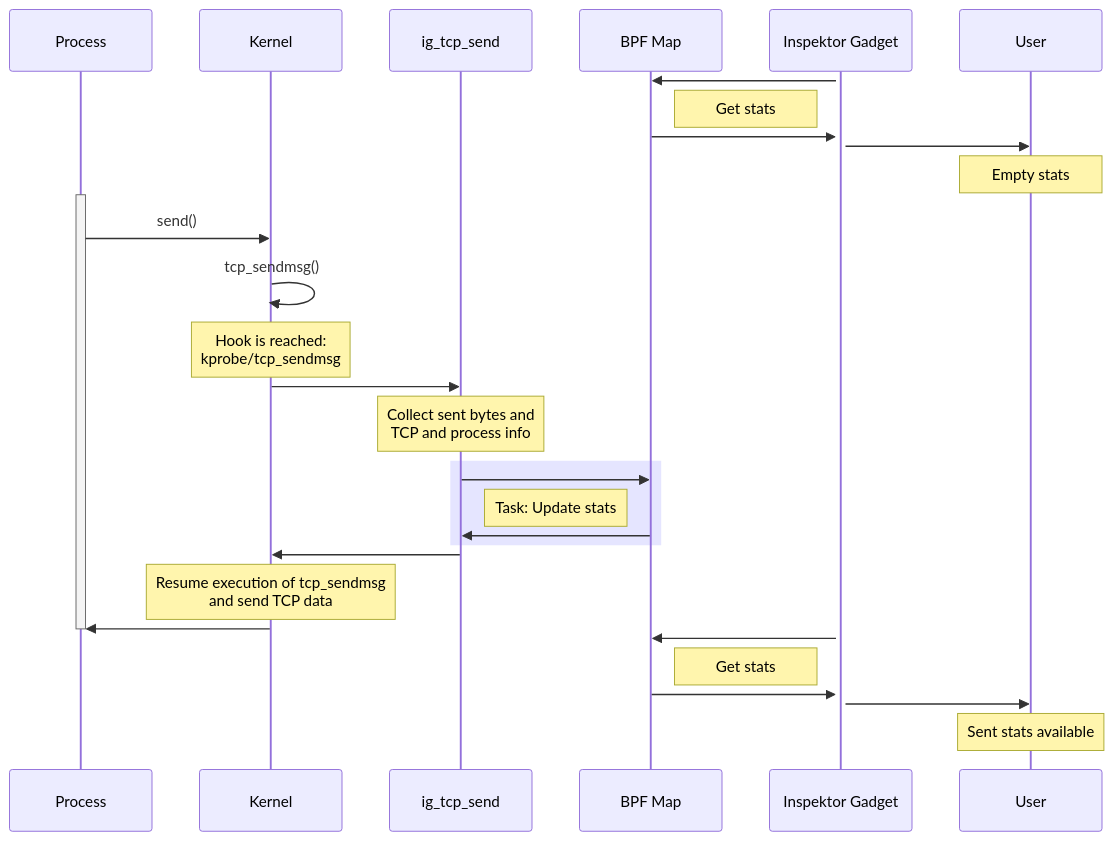
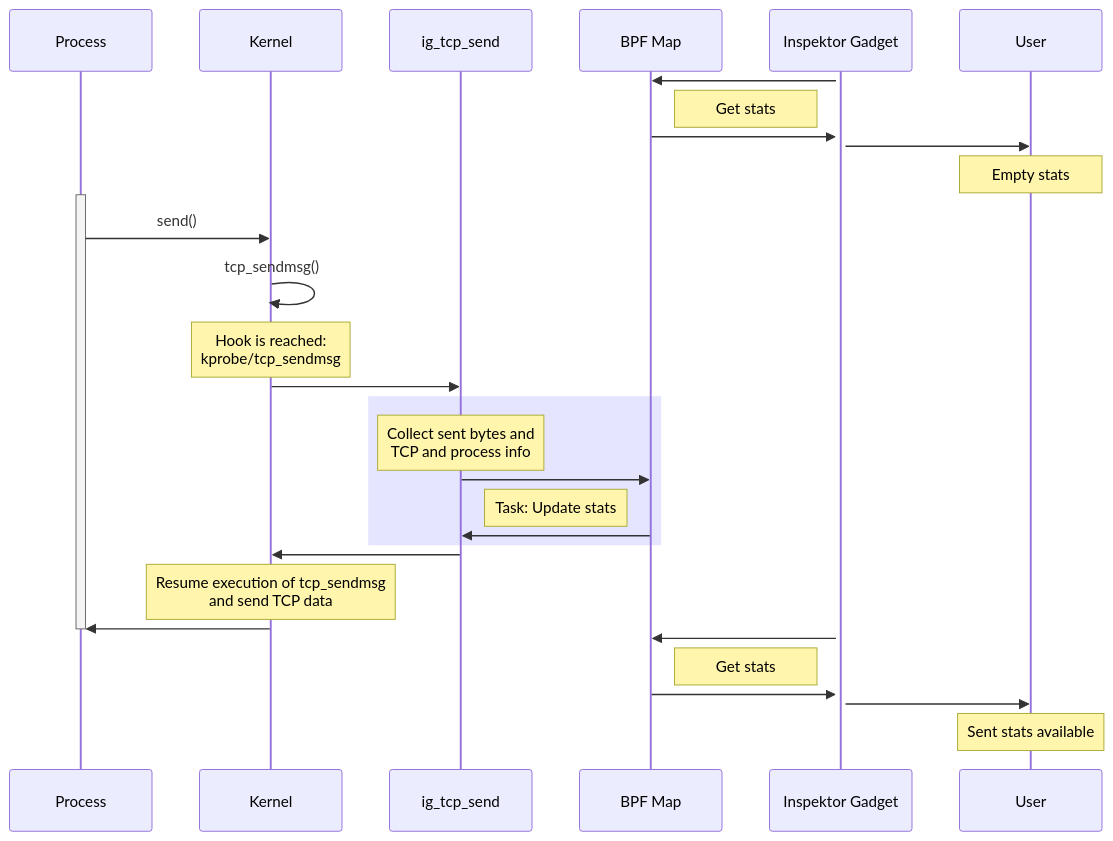
Before and after one commit to inspektor-gadget/kubecon-na-2024: the diagram in hands-on.md, drawn with Mermaid. The commit also changed other lines of this file, not shown here.

````diff
--- a/hands-on.md
+++ b/hands-on.md
@@ -129,41 +126,40 @@
 ```mermaid
 sequenceDiagram
     participant Process
     participant Kernel
     participant ig_tcp_send
     participant ig_tcp_send
     participant BPF Map
     participant Inspektor Gadget
     participant User
 
     activate Inspektor Gadget
     Inspektor Gadget ->> BPF Map: 
     Note left of Inspektor Gadget: Get stats 
     BPF Map ->> Inspektor Gadget: 
     Inspektor Gadget ->> User: 
     Note over User: Empty stats
 
     activate Process
     Process ->> Kernel: send()
     Kernel ->> Kernel: tcp_sendmsg()
     Note over Kernel: Hook is reached:<br/>kprobe/tcp_sendmsg
     Kernel ->> ig_tcp_send: 
-    Note over ig_tcp_send: Collect sent bytes and<br/>TCP and process info 
-
     rect rgba(0, 0, 255, .1)
+        Note over ig_tcp_send: Collect sent bytes and<br/>TCP and process info
         ig_tcp_send ->> BPF Map: 
         Note right of ig_tcp_send: Task: Update stats
         BPF Map ->> ig_tcp_send: 
     end
 
     ig_tcp_send ->> Kernel: 
     Note over Kernel: Resume execution of tcp_sendmsg<br/>and send TCP data
     Kernel ->> Process: 
     deactivate Process
 
     Inspektor Gadget ->> BPF Map: 
     Note left of Inspektor Gadget: Get stats
     BPF Map ->> Inspektor Gadget: 
     Inspektor Gadget ->> User: 
     Note over User: Sent stats available
 ```
````
